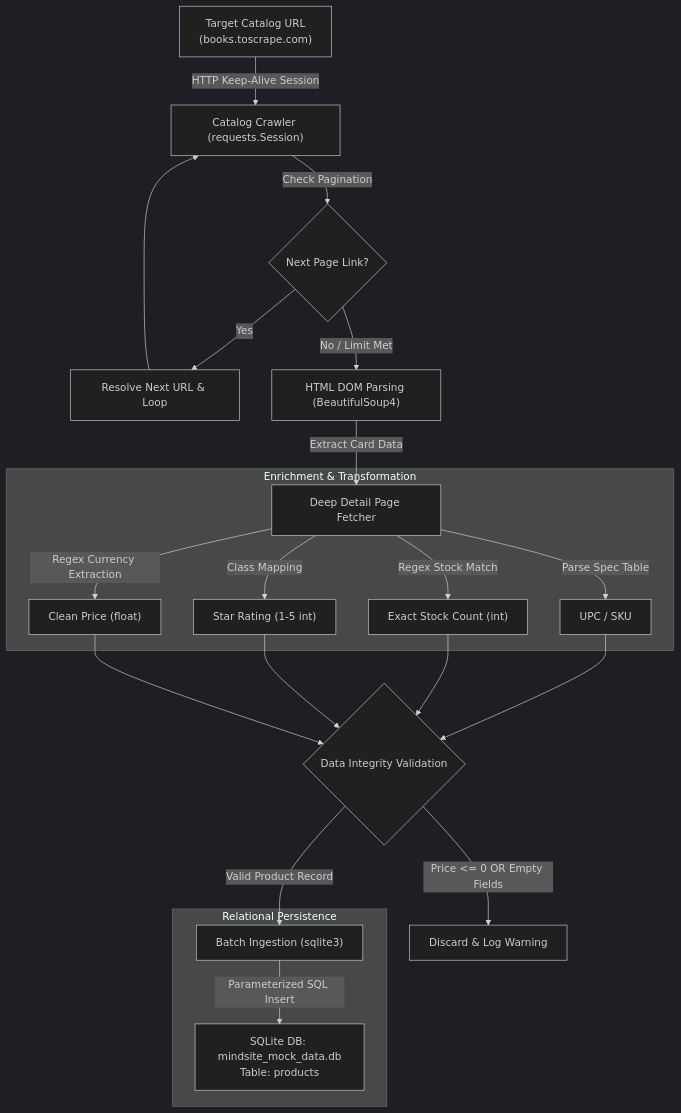
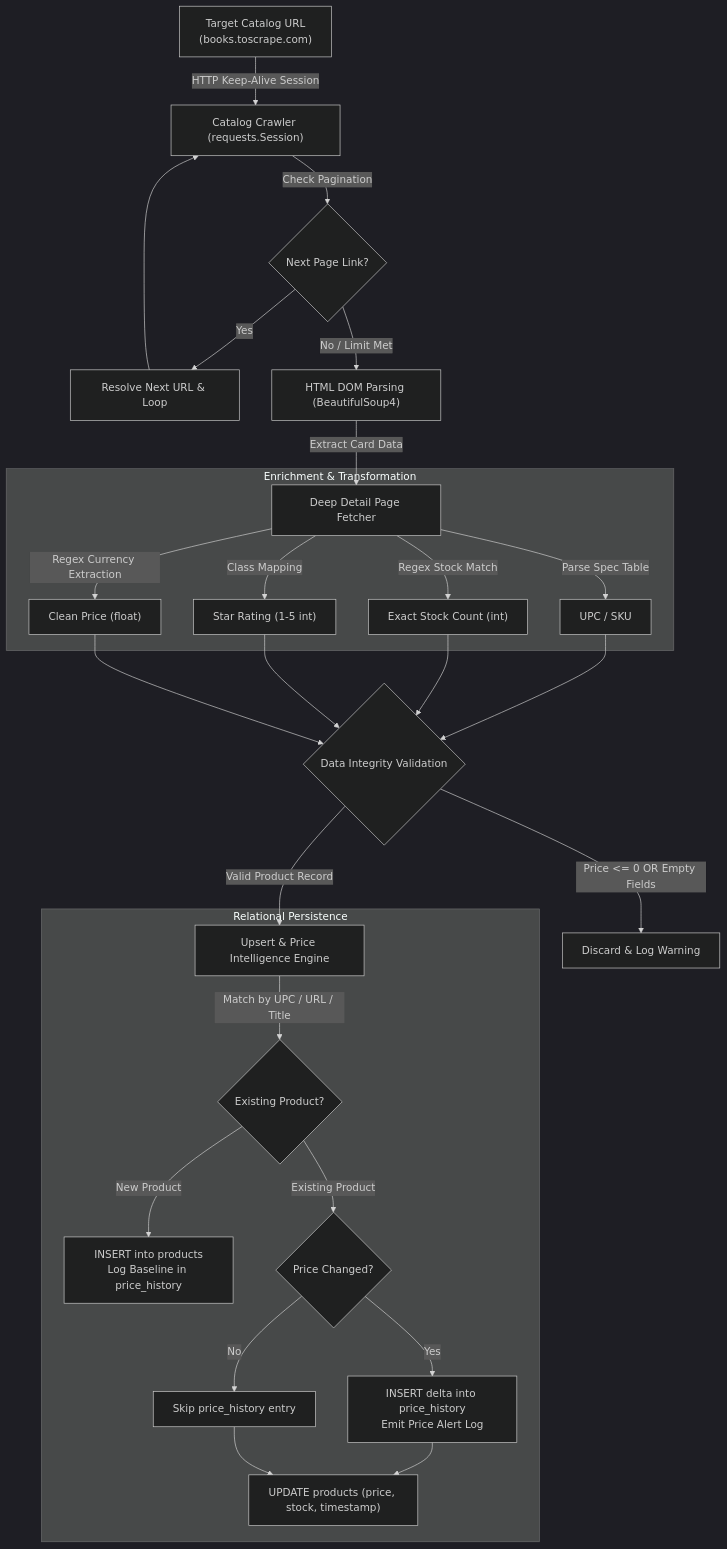
The diagram in README.md (Erlik-1417/E-Commerce-Scraper-Pipeline), drawn with Mermaid (dark theme) before and after one commit. The commit also changed other lines of this file and 1 other file, not shown here.

Commit message:
feat(analytics): add price history tracking, upsert deduplication, and clean codebase

````diff
--- a/README.md
+++ b/README.md
@@ -31,21 +32,26 @@
 ```mermaid
 flowchart TD
     A["Target Catalog URL<br/>(books.toscrape.com)"] -->|HTTP Keep-Alive Session| B["Catalog Crawler (requests.Session)"]
     B -->|Check Pagination| B1{"Next Page Link?"}
     B1 -->|Yes| B2["Resolve Next URL & Loop"]
     B2 --> B
     B1 -->|No / Limit Met| C["HTML DOM Parsing (BeautifulSoup4)"]
     C -->|Extract Card Data| D["Deep Detail Page Fetcher"]
     subgraph Enrichment & Transformation
         D -->|Parse Spec Table| D1["UPC / SKU"]
         D -->|Regex Stock Match| D2["Exact Stock Count (int)"]
         D -->|Class Mapping| D3["Star Rating (1-5 int)"]
         D -->|Regex Currency Extraction| D4["Clean Price (float)"]
     end
     D1 & D2 & D3 & D4 --> E{"Data Integrity Validation"}
     E -->|Price <= 0 OR Empty Fields| F["Discard & Log Warning"]
-    E -->|Valid Product Record| G["Batch Ingestion (sqlite3)"]
+    E -->|Valid Product Record| G["Upsert & Price Intelligence Engine"]
     subgraph Relational Persistence
-        G -->|Parameterized SQL Insert| H["SQLite DB: mindsite_mock_data.db<br/>Table: products"]
+        G -->|Match by UPC / URL / Title| G1{"Existing Product?"}
+        G1 -->|New Product| H1["INSERT into products<br/>Log Baseline in price_history"]
+        G1 -->|Existing Product| H2{"Price Changed?"}
+        H2 -->|Yes| H3["INSERT delta into price_history<br/>Emit Price Alert Log"]
+        H2 -->|No| H4["Skip price_history entry"]
+        H3 & H4 --> H5["UPDATE products (price, stock, timestamp)"]
     end
 ```
````
